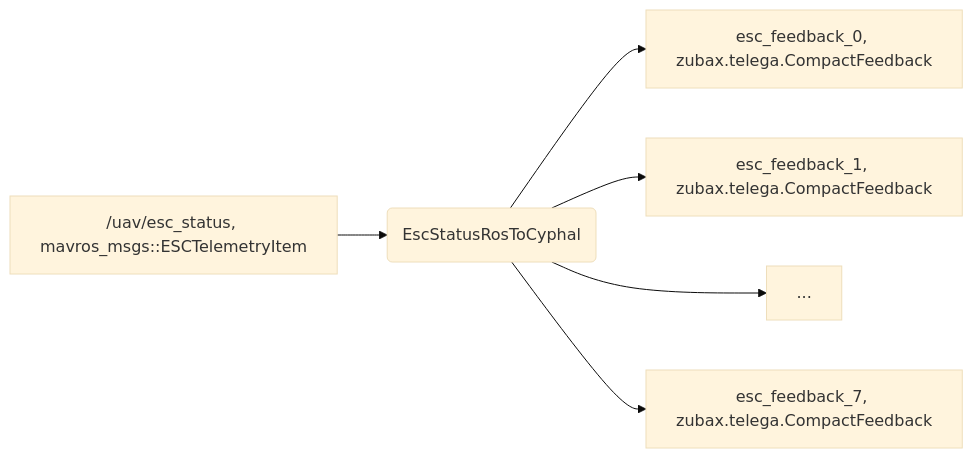
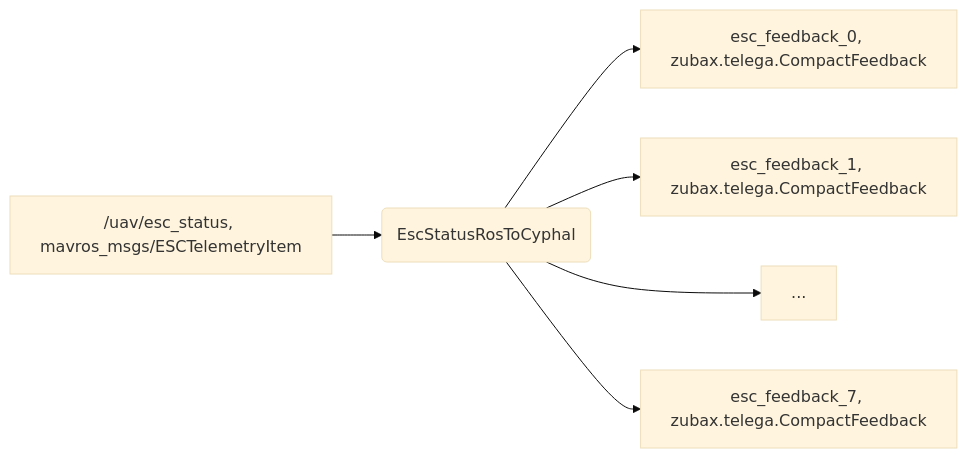
The sixth of 6 diagrams in README.md (ZilantRobotics/cyphal_communicator), drawn with Mermaid (base theme) before and after one commit. The commit also changed other lines of this file, not shown here.

````diff
--- a/README.md
+++ b/README.md
@@ -75,9 +62,8 @@
 ```mermaid
 flowchart LR
-
-yaw[ /uav/esc_status, mavros_msgs::ESCTelemetryItem] --> F(EscStatusRosToCyphal)
-F(EscStatusRosToCyphal) --> esc_feedback_0[ esc_feedback_0, zubax.telega.CompactFeedback]
-F(EscStatusRosToCyphal) --> esc_feedback_1[ esc_feedback_1, zubax.telega.CompactFeedback]
-F(EscStatusRosToCyphal) --> esc_feedback_n[ ...]
-F(EscStatusRosToCyphal) --> esc_feedback_7[ esc_feedback_7, zubax.telega.CompactFeedback]
+esc_status[ /uav/esc_status, mavros_msgs/ESCTelemetryItem] --> EscStatusRosToCyphal(EscStatusRosToCyphal)
+EscStatusRosToCyphal --> esc_feedback_0[ esc_feedback_0, zubax.telega.CompactFeedback]
+EscStatusRosToCyphal --> esc_feedback_1[ esc_feedback_1, zubax.telega.CompactFeedback]
+EscStatusRosToCyphal --> esc_feedback_n[ ...]
+EscStatusRosToCyphal --> esc_feedback_7[ esc_feedback_7, zubax.telega.CompactFeedback]
 ```
````
